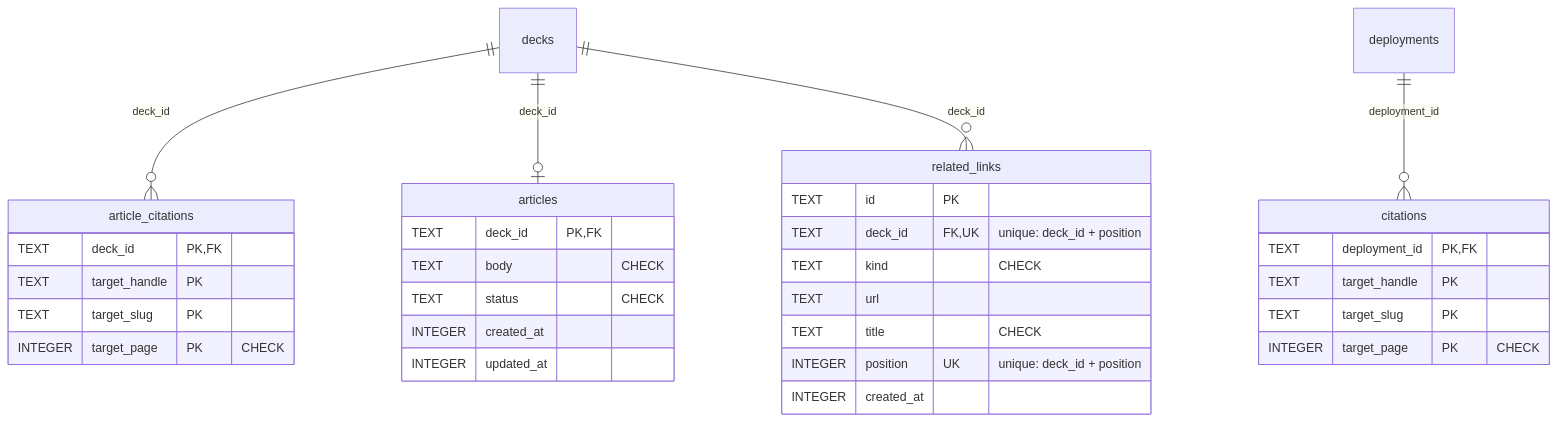
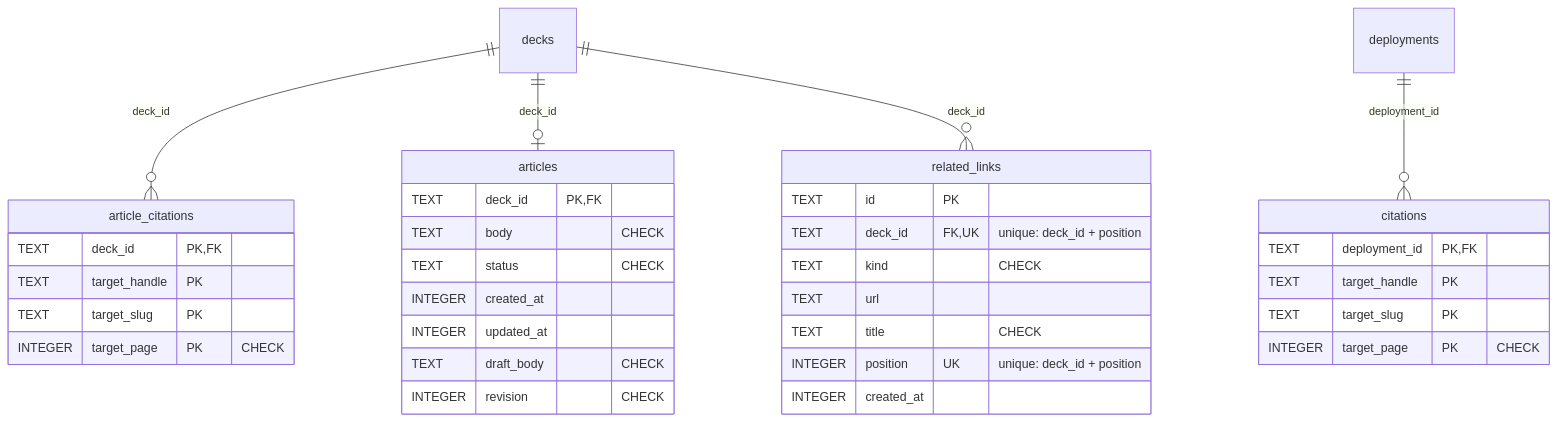
Before and after one commit to piconic-ai/slide: the seventh of 8 diagrams in docs/dev/er-diagram.md, drawn with Mermaid. The commit also changed 12 other files, not shown here.

````diff
--- a/docs/dev/er-diagram.md
+++ b/docs/dev/er-diagram.md
@@ -349,37 +349,39 @@
 ```mermaid
 erDiagram
     article_citations {
         TEXT deck_id PK, FK
         TEXT target_handle PK
         TEXT target_slug PK
         INTEGER target_page PK "CHECK"
     }
     articles {
         TEXT deck_id PK, FK
         TEXT body "CHECK"
         TEXT status "CHECK"
         INTEGER created_at
         INTEGER updated_at
+        TEXT draft_body "CHECK"
+        INTEGER revision "CHECK"
     }
     citations {
         TEXT deployment_id PK, FK
         TEXT target_handle PK
         TEXT target_slug PK
         INTEGER target_page PK "CHECK"
     }
     related_links {
         TEXT id PK
         TEXT deck_id FK, UK "unique: deck_id + position"
         TEXT kind "CHECK"
         TEXT url
         TEXT title "CHECK"
         INTEGER position UK "unique: deck_id + position"
         INTEGER created_at
     }
     decks
     deployments
     decks ||--o{ article_citations : "deck_id"
     decks ||--o| articles : "deck_id"
     deployments ||--o{ citations : "deployment_id"
     decks ||--o{ related_links : "deck_id"
 ```
````
